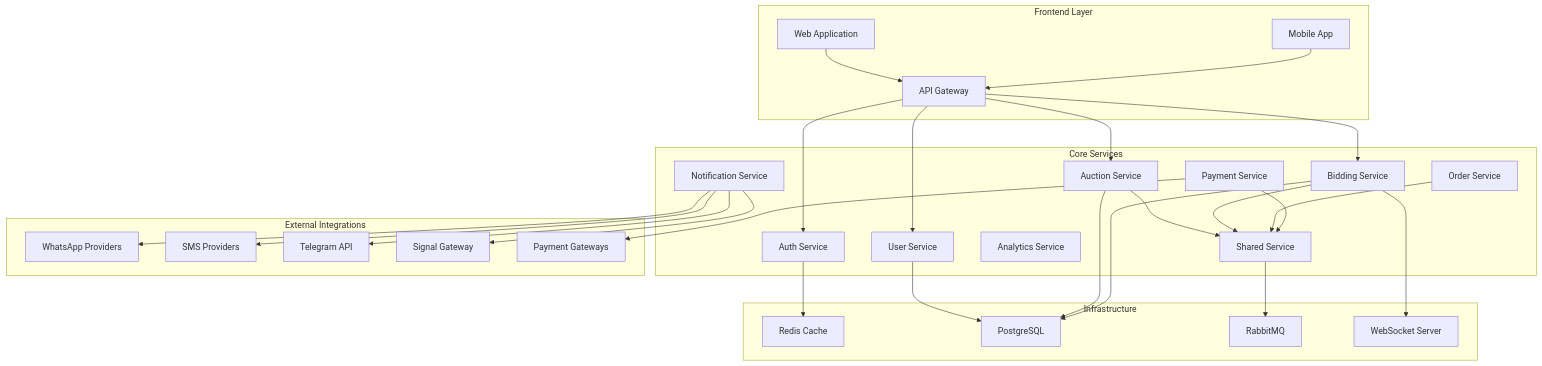
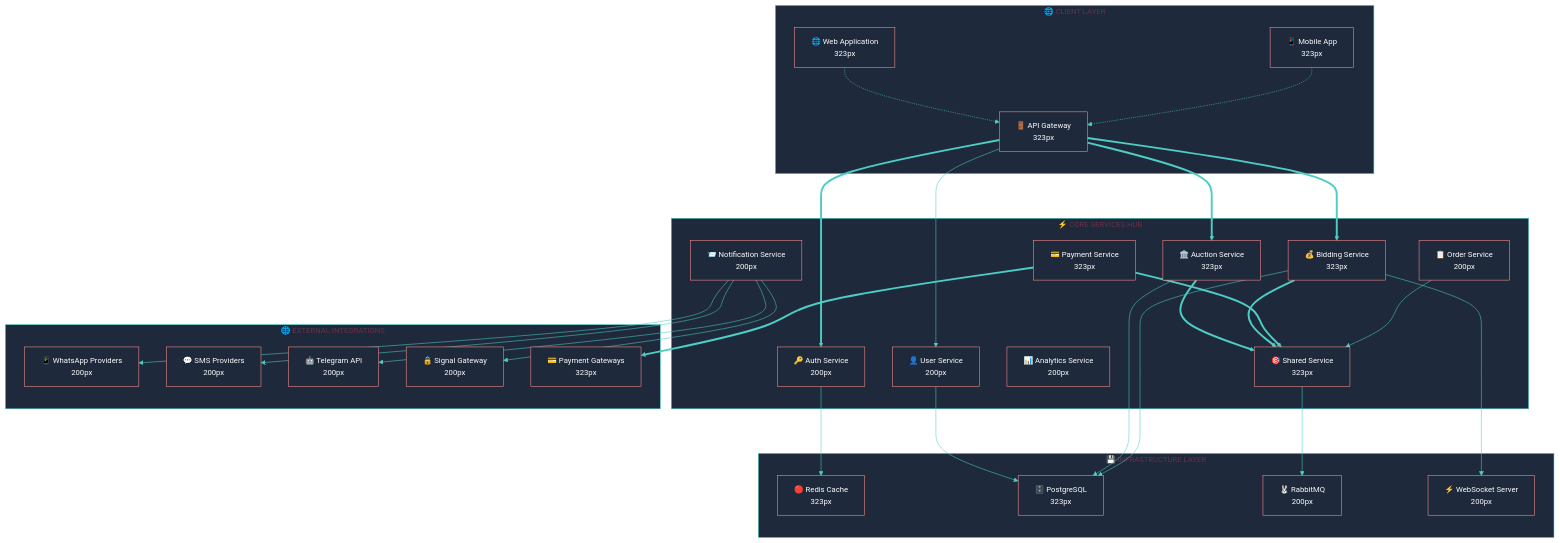
One commit to abdoElHodaky/larvrevrstender changed the first of 6 diagrams in README.md. Above: the diagram before and after it, drawn with Mermaid. The commit also changed other lines of this file and 2 other files, not shown here.

First line of the commit message:
feat: Implement Golden Ratio optimization framework for documentation

````diff
--- a/README.md
+++ b/README.md
@@ -31,56 +43,83 @@
 ```mermaid
+%%{init: {
+  'theme': 'base',
+  'themeVariables': {
+    'primaryColor': '#FF6B6B',
+    'primaryTextColor': '#FFFFFF',
+    'primaryBorderColor': '#FF8E8E',
+    'lineColor': '#4ECDC4',
+    'secondaryColor': '#45B7D1',
+    'tertiaryColor': '#96CEB4',
+    'background': '#0F172A',
+    'mainBkg': '#1E293B',
+    'secondBkg': '#334155',
+    'clusterBkg': '#1E293B',
+    'clusterBorder': '#4ECDC4',
+    'fontFamily': 'Inter, Segoe UI, Roboto, sans-serif',
+    'fontSize': '14px'
+  },
+  'flowchart': {
+    'rankSpacing': 81,
+    'nodeSpacing': 50,
+    'curve': 'basis'
+  }
+}}%%
+
 graph TB
-    subgraph "Frontend Layer"
-        WEB[Web Application]
-        MOBILE[Mobile App]
-        API_GW[API Gateway]
+    subgraph "🌐 CLIENT LAYER"
+        WEB["🌐 Web Application<br/>323px"]
+        MOBILE["📱 Mobile App<br/>323px"]
+        API_GW["🚪 API Gateway<br/>323px"]
     end
     
-    subgraph "Core Services"
-        AUTH[Auth Service]
-        USER[User Service]
-        AUCTION[Auction Service]
-        BIDDING[Bidding Service]
-        ORDER[Order Service]
-        PAYMENT[Payment Service]
-        NOTIFICATION[Notification Service]
-        ANALYTICS[Analytics Service]
-        SHARED[Shared Service]
+    subgraph "⚡ CORE SERVICES HUB"
+        AUTH["🔑 Auth Service<br/>200px"]
+        USER["👤 User Service<br/>200px"]
+        AUCTION["🏛️ Auction Service<br/>323px"]
+        BIDDING["💰 Bidding Service<br/>323px"]
+        ORDER["📋 Order Service<br/>200px"]
+        PAYMENT["💳 Payment Service<br/>323px"]
+        NOTIFICATION["📨 Notification Service<br/>200px"]
+        ANALYTICS["📊 Analytics Service<br/>200px"]
+        SHARED["🎯 Shared Service<br/>323px"]
     end
     
-    subgraph "External Integrations"
-        WHATSAPP[WhatsApp Providers]
-        SMS[SMS Providers]
-        TELEGRAM[Telegram API]
-        SIGNAL[Signal Gateway]
-        PAYMENT_GW[Payment Gateways]
+    subgraph "🌐 EXTERNAL INTEGRATIONS"
+        WHATSAPP["📱 WhatsApp Providers<br/>200px"]
+        SMS["💬 SMS Providers<br/>200px"]
+        TELEGRAM["🤖 Telegram API<br/>200px"]
+        SIGNAL["🔒 Signal Gateway<br/>200px"]
+        PAYMENT_GW["💳 Payment Gateways<br/>323px"]
     end
     
-    subgraph "Infrastructure"
-        REDIS[Redis Cache]
-        POSTGRES[PostgreSQL]
-        RABBITMQ[RabbitMQ]
-        WEBSOCKET[WebSocket Server]
+    subgraph "💾 INFRASTRUCTURE LAYER"
+        REDIS["🔴 Redis Cache<br/>323px"]
+        POSTGRES["🗄️ PostgreSQL<br/>323px"]
+        RABBITMQ["🐰 RabbitMQ<br/>200px"]
+        WEBSOCKET["⚡ WebSocket Server<br/>200px"]
     end
     
-    WEB --> API_GW
-    MOBILE --> API_GW
-    API_GW --> AUTH
+    %% Golden Ratio Flow Connections (Major paths emphasized)
+    WEB -.-> API_GW
+    MOBILE -.-> API_GW
+    API_GW ==> AUTH
+    API_GW ==> AUCTION
+    API_GW ==> BIDDING
     API_GW --> USER
-    API_GW --> AUCTION
-    API_GW --> BIDDING
     
-    AUCTION --> SHARED
-    BIDDING --> SHARED
+    %% Core Service Interconnections
+    AUCTION ==> SHARED
+    BIDDING ==> SHARED
+    PAYMENT ==> SHARED
     ORDER --> SHARED
-    PAYMENT --> SHARED
     
+    %% External Service Connections
     NOTIFICATION --> WHATSAPP
     NOTIFICATION --> SMS
     NOTIFICATION --> TELEGRAM
     NOTIFICATION --> SIGNAL
     
-    PAYMENT --> PAYMENT_GW
+    PAYMENT ==> PAYMENT_GW
     
     AUTH --> REDIS
     USER --> POSTGRES
````
